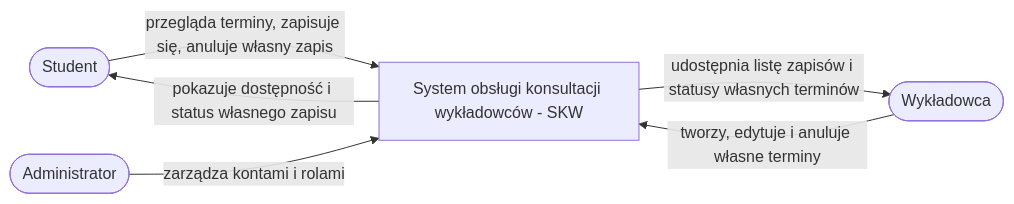
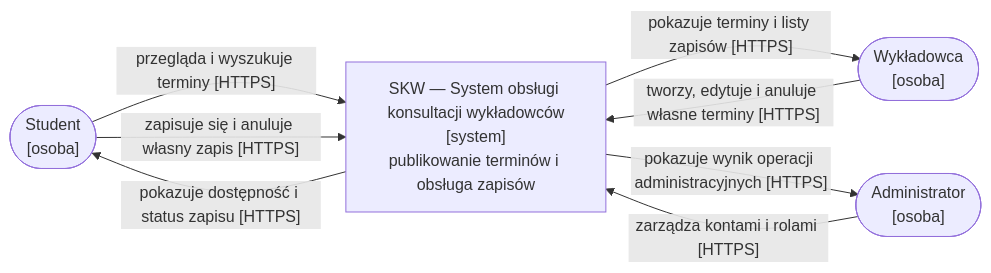
One commit to Grupa-WSPA-3/Projekt changed the diagram in docs/06-architektura/kontekst.md. Above: the diagram before and after it, drawn with Mermaid. The commit also changed other lines of this file and 13 other files, not shown here.

````diff
--- a/docs/06-architektura/kontekst.md
+++ b/docs/06-architektura/kontekst.md
@@ -6,8 +7,14 @@
 ```mermaid
 flowchart LR
-    S([Student]) -->|przegląda terminy, zapisuje się, anuluje własny zapis| SKW[System obsługi konsultacji wykładowców - SKW]
-    W([Wykładowca]) -->|tworzy, edytuje i anuluje własne terminy| SKW
-    SKW -->|udostępnia listę zapisów i statusy własnych terminów| W
-    A([Administrator]) -->|zarządza kontami i rolami| SKW
-    SKW -->|pokazuje dostępność i status własnego zapisu| S
+    S(["Student<br/>[osoba]"])
+    W(["Wykładowca<br/>[osoba]"])
+    A(["Administrator<br/>[osoba]"])
+    SKW["SKW — System obsługi konsultacji wykładowców<br/>[system]<br/>publikowanie terminów i obsługa zapisów"]
+    S -->|"przegląda i wyszukuje terminy [HTTPS]"| SKW
+    S -->|"zapisuje się i anuluje własny zapis [HTTPS]"| SKW
+    SKW -->|"pokazuje dostępność i status zapisu [HTTPS]"| S
+    W -->|"tworzy, edytuje i anuluje własne terminy [HTTPS]"| SKW
+    SKW -->|"pokazuje terminy i listy zapisów [HTTPS]"| W
+    A -->|"zarządza kontami i rolami [HTTPS]"| SKW
+    SKW -->|"pokazuje wynik operacji administracyjnych [HTTPS]"| A
 ```
````
